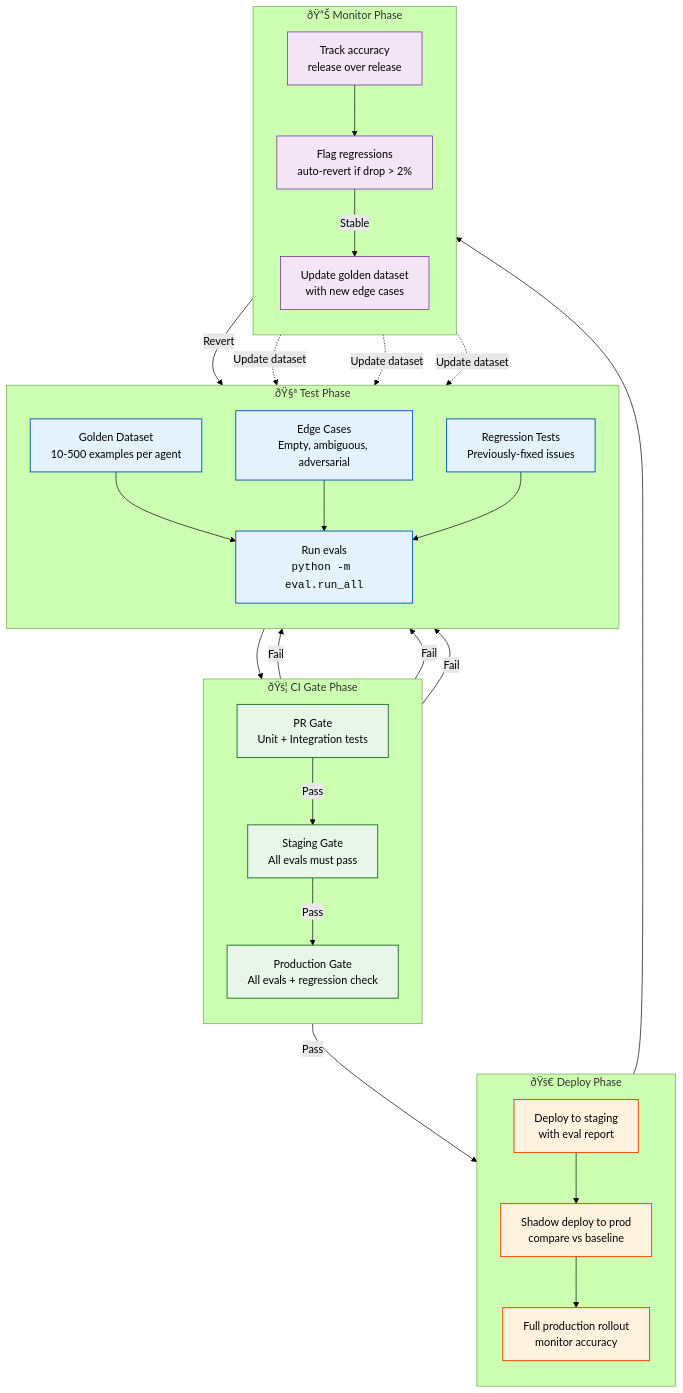
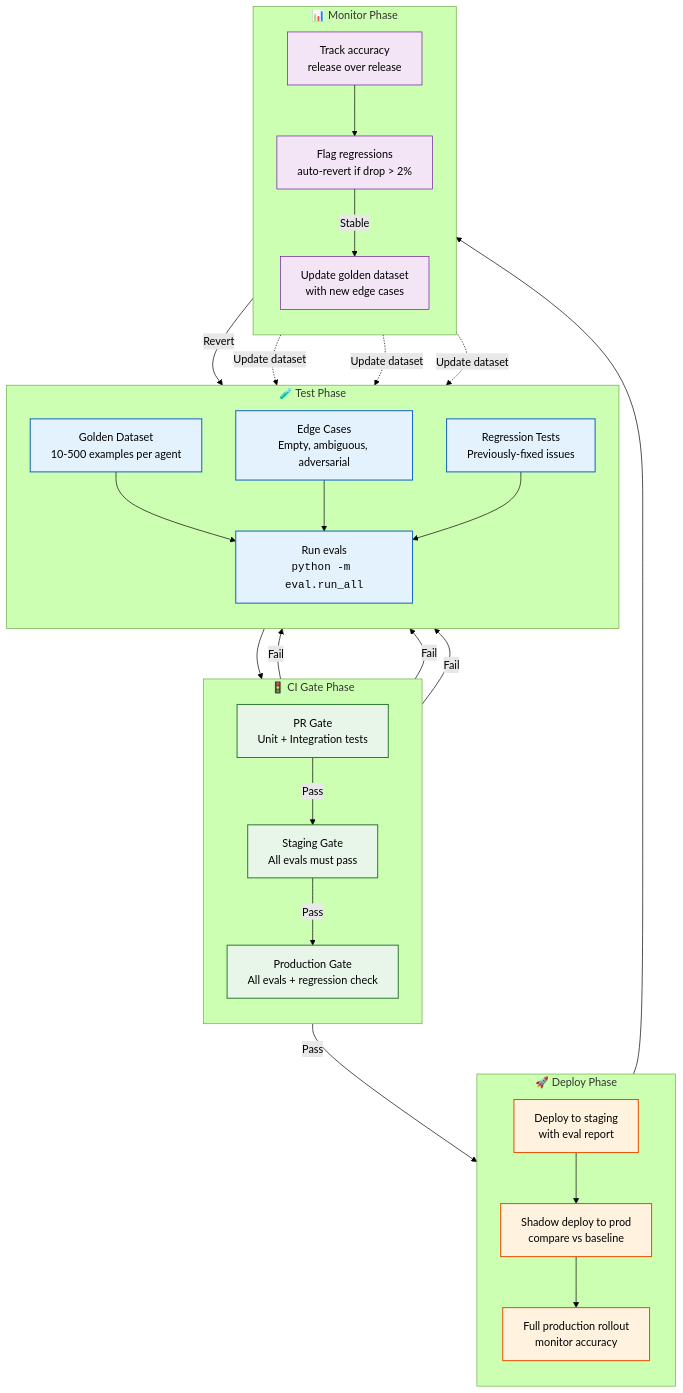
One commit to Driftloom/Vaeloom changed the first of 2 diagrams in Docs/AI/Evaluation.md. Above: the diagram before and after it, drawn with Mermaid (forest theme). The commit also changed other lines of this file and 18 other files, not shown here.

Commit message:
docs(ai): add AI architecture overview and model routing

````diff
--- a/Docs/AI/Evaluation.md
+++ b/Docs/AI/Evaluation.md
@@ -27,56 +27,56 @@
 ```mermaid
 graph TD
     classDef test fill:#e3f2fd,stroke:#1565c0,color:#000,stroke-width:1.5px
     classDef gate fill:#e8f5e9,stroke:#2e7d32,color:#000,stroke-width:1.5px
     classDef deploy fill:#fff3e0,stroke:#e65100,color:#000,stroke-width:1.5px
     classDef monitor fill:#f3e5f5,stroke:#6a1b9a,color:#000,stroke-width:1px
 
-    subgraph Test["ðŸ§ª Test Phase"]
+    subgraph Test["🧪 Test Phase"]
         direction TB
         T1["Golden Dataset<br/>10-500 examples per agent"]
         T2["Edge Cases<br/>Empty, ambiguous, adversarial"]
         T3["Regression Tests<br/>Previously-fixed issues"]
         T4["Run evals<br/><code>python -m eval.run_all</code>"]
     end
 
-    subgraph Gate["ðŸš¦ CI Gate Phase"]
+    subgraph Gate["🚦 CI Gate Phase"]
         direction TB
         G1["PR Gate<br/>Unit + Integration tests"]
         G2["Staging Gate<br/>All evals must pass"]
         G3["Production Gate<br/>All evals + regression check"]
     end
 
-    subgraph Deploy["ðŸš€ Deploy Phase"]
+    subgraph Deploy["🚀 Deploy Phase"]
         direction TB
         D1["Deploy to staging<br/>with eval report"]
         D2["Shadow deploy to prod<br/>compare vs baseline"]
         D3["Full production rollout<br/>monitor accuracy"]
     end
 
-    subgraph Monitor["ðŸ“Š Monitor Phase"]
+    subgraph Monitor["📊 Monitor Phase"]
         direction TB
         M1["Track accuracy<br/>release over release"]
         M2["Flag regressions<br/>auto-revert if drop > 2%"]
         M3["Update golden dataset<br/>with new edge cases"]
     end
 
     T1 & T2 & T3 --> T4
     T4 --> G1
     G1 -->|Pass| G2
     G1 -->|Fail| T4
     G2 -->|Pass| G3
     G2 -->|Fail| T4
     G3 -->|Pass| D1
     G3 -->|Fail| T4
     D1 --> D2 --> D3
     D3 --> M1 --> M2
     M2 -->|Revert| T4
     M2 -->|Stable| M3
     M3 -.->|Update dataset| T1 & T2 & T3
 
     class T1,T2,T3,T4 test
     class G1,G2,G3 gate
     class D1,D2,D3 deploy
     class M1,M2,M3 monitor
 
 ```
````
